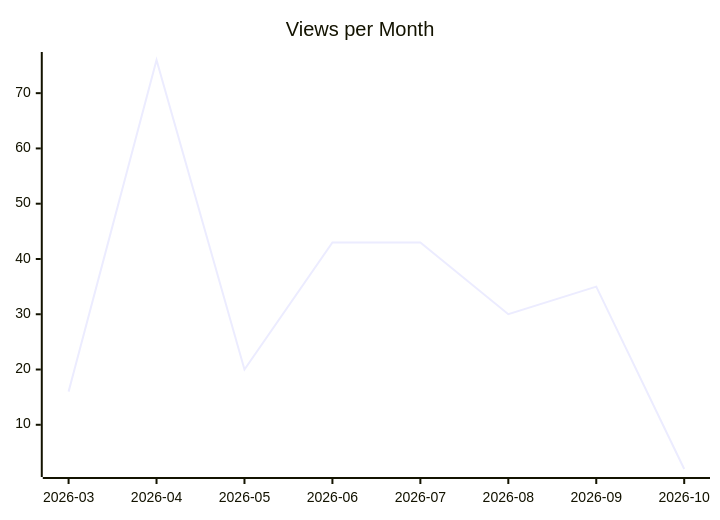
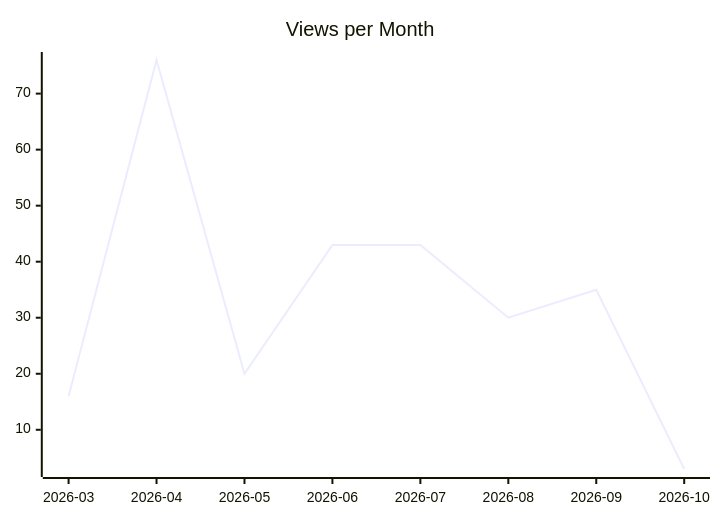
Before and after one commit to justdavis-family/github-analytics-data: the second of 3 diagrams in karlmdavis/ksoap2-android/README.md, drawn with Mermaid. The commit also changed other lines of this file and 203 other files, not shown here.

````diff
--- a/karlmdavis/ksoap2-android/README.md
+++ b/karlmdavis/ksoap2-android/README.md
@@ -12,6 +12,6 @@
 ```mermaid
 xychart-beta
   title "Views per Month"
   x-axis ["2026-03", "2026-04", "2026-05", "2026-06", "2026-07", "2026-08", "2026-09", "2026-10"]
-  line [16, 76, 20, 43, 43, 30, 35, 2]
+  line [16, 76, 20, 43, 43, 30, 35, 3]
 ```
````
